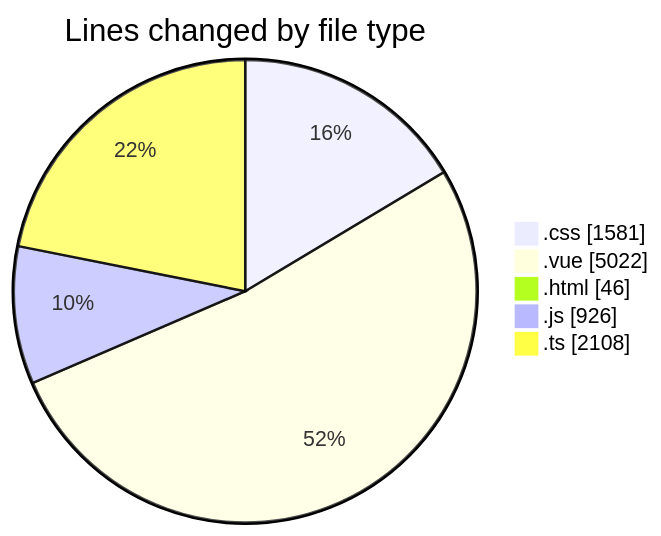
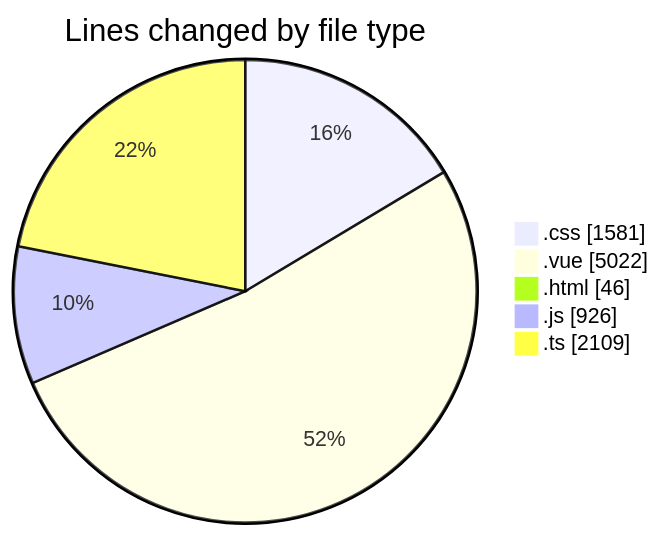
The first of 2 diagrams in 2025-08-18/rentotp/README.md (lephambinh05/code-tracking), drawn with Mermaid before and after one commit. The commit also changed other lines of this file and 1 other file, not shown here.

````diff
--- a/2025-08-18/rentotp/README.md
+++ b/2025-08-18/rentotp/README.md
@@ -51,9 +51,9 @@
 ```mermaid
 pie showData
 title Lines changed by file type
 ".css" : 1581
 ".vue" : 5022
 ".html" : 46
 ".js" : 926
-".ts" : 2108
+".ts" : 2109
 ```
````
